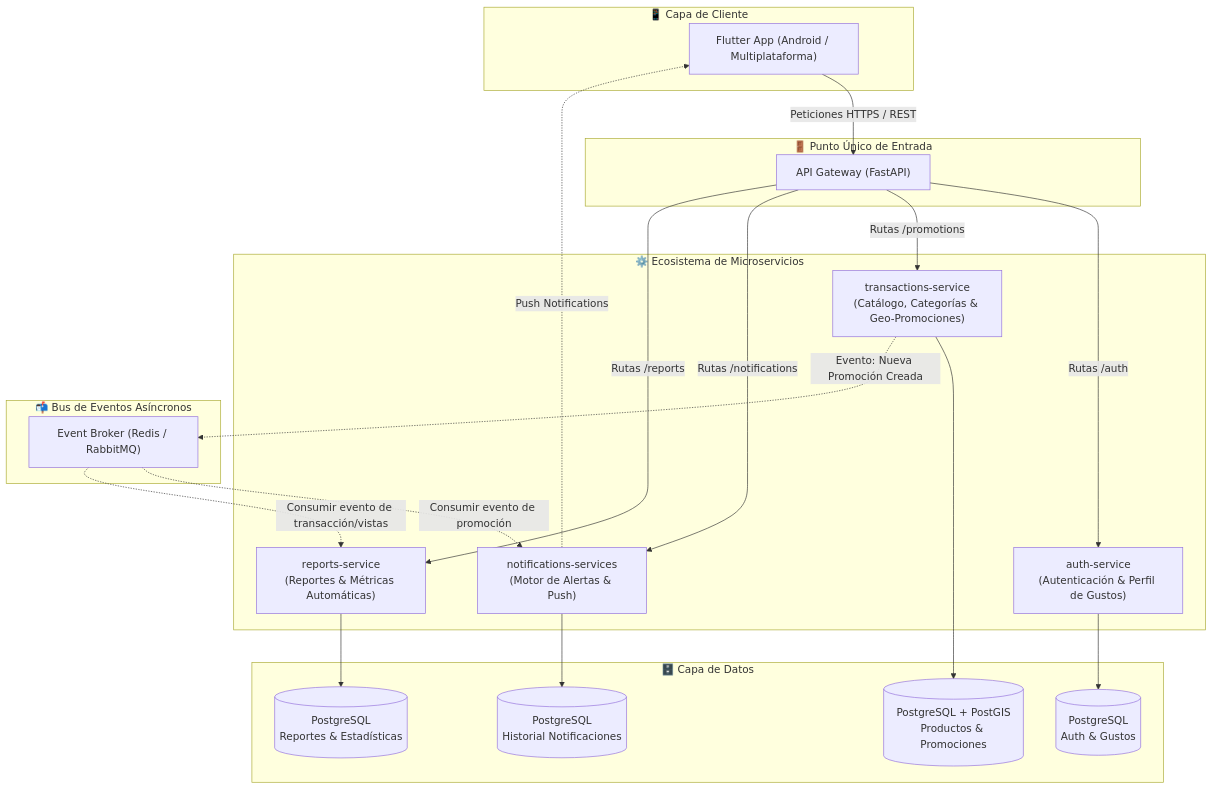
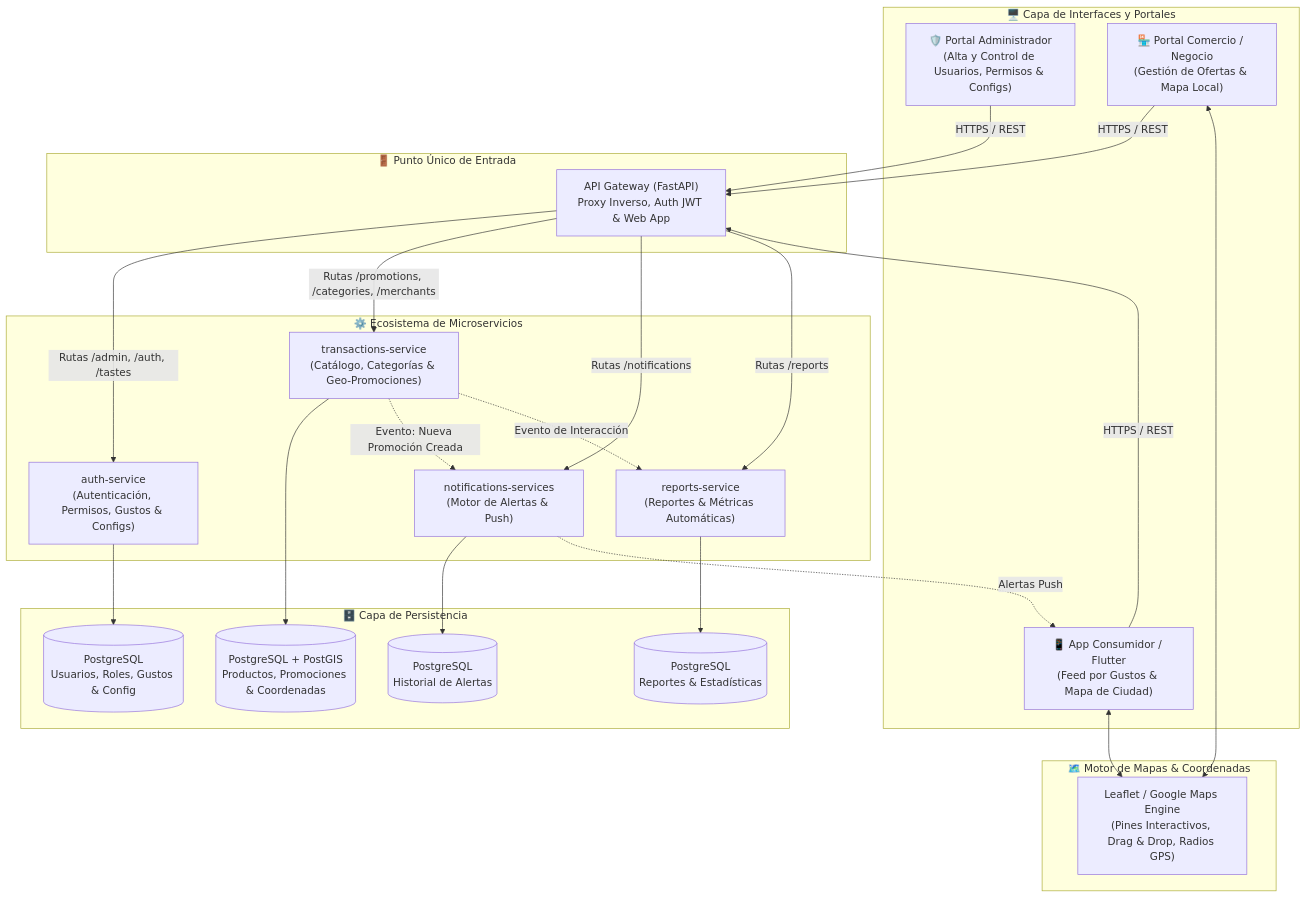
One commit to k1llRod/ofertapp_build changed the diagram in README.md. Above: the diagram before and after it, drawn with Mermaid. The commit also changed other lines of this file and 44 other files, not shown here.

````diff
--- a/README.md
+++ b/README.md
@@ -11,46 +11,51 @@
 ```mermaid
 flowchart TD
-    subgraph Client["📱 Capa de Cliente"]
-        FLUTTER["Flutter App (Android / Multiplataforma)"]
+    subgraph Clients["🖥️ Capa de Interfaces y Portales"]
+        ADMIN["🛡️ Portal Administrador\n(Alta y Control de Usuarios, Permisos & Configs)"]
+        MERCHANT["🏪 Portal Comercio / Negocio\n(Gestión de Ofertas & Mapa Local)"]
+        CONSUMER["📱 App Consumidor / Flutter\n(Feed por Gustos & Mapa de Ciudad)"]
     end
 
     subgraph Gateway["🚪 Punto Único de Entrada"]
-        APIGW["API Gateway (FastAPI)"]
+        APIGW["API Gateway (FastAPI)\nProxy Inverso, Auth JWT & Web App"]
     end
 
     subgraph Services["⚙️ Ecosistema de Microservicios"]
-        AUTH["auth-service\n(Autenticación & Perfil de Gustos)"]
+        AUTH["auth-service\n(Autenticación, Permisos, Gustos & Configs)"]
         TRANS["transactions-service\n(Catálogo, Categorías & Geo-Promociones)"]
         NOTIF["notifications-services\n(Motor de Alertas & Push)"]
         REPORTS["reports-service\n(Reportes & Métricas Automáticas)"]
     end
 
-    subgraph Messaging["📬 Bus de Eventos Asíncronos"]
-        BROKER["Event Broker (Redis / RabbitMQ)"]
+    subgraph MapEngine["🗺️ Motor de Mapas & Coordenadas"]
+        LEAFLET["Leaflet / Google Maps Engine\n(Pines Interactivos, Drag & Drop, Radios GPS)"]
     end
 
-    subgraph Storage["🗄️ Capa de Datos"]
-        DB_AUTH[("PostgreSQL\nAuth & Gustos")]
-        DB_TRANS[("PostgreSQL + PostGIS\nProductos & Promociones")]
-        DB_NOTIF[("PostgreSQL\nHistorial Notificaciones")]
+    subgraph Storage["🗄️ Capa de Persistencia"]
+        DB_AUTH[("PostgreSQL\nUsuarios, Roles, Gustos & Config")]
+        DB_TRANS[("PostgreSQL + PostGIS\nProductos, Promociones & Coordenadas")]
+        DB_NOTIF[("PostgreSQL\nHistorial de Alertas")]
         DB_REPORTS[("PostgreSQL\nReportes & Estadísticas")]
     end
 
-    FLUTTER -->|Peticiones HTTPS / REST| APIGW
+    ADMIN -->|HTTPS / REST| APIGW
+    MERCHANT -->|HTTPS / REST| APIGW
+    CONSUMER -->|HTTPS / REST| APIGW
 
-    APIGW -->|Rutas /auth| AUTH
-    APIGW -->|Rutas /promotions| TRANS
+    MERCHANT <--> LEAFLET
+    CONSUMER <--> LEAFLET
+
+    APIGW -->|Rutas /admin, /auth, /tastes| AUTH
+    APIGW -->|Rutas /promotions, /categories, /merchants| TRANS
     APIGW -->|Rutas /notifications| NOTIF
     APIGW -->|Rutas /reports| REPORTS
 
     AUTH --> DB_AUTH
     TRANS --> DB_TRANS
     NOTIF --> DB_NOTIF
     REPORTS --> DB_REPORTS
 
-    TRANS -.->|Evento: Nueva Promoción Creada| BROKER
-    BROKER -.->|Consumir evento de promoción| NOTIF
-    BROKER -.->|Consumir evento de transacción/vistas| REPORTS
-
-    NOTIF -.->|Push Notifications| FLUTTER
+    TRANS -.->|Evento: Nueva Promoción Creada| NOTIF
+    TRANS -.->|Evento de Interacción| REPORTS
+    NOTIF -.->|Alertas Push| CONSUMER
 ```
````
